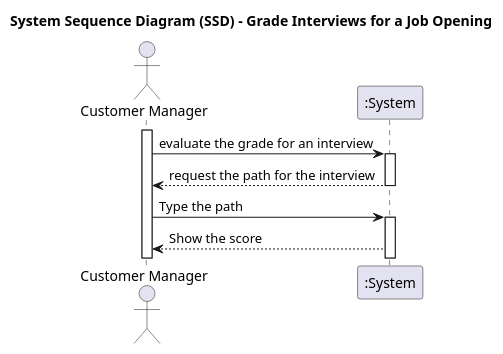
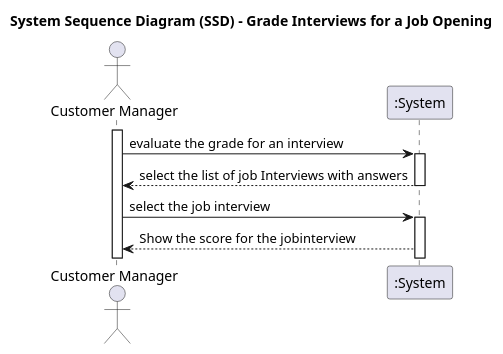
The diagram in docs/sprintC/1018/puml/1018-system-sequence-diagram.puml (marcoferreira37/Lapr4), drawn with PlantUML before and after one commit. The commit also changed 1 other file, not shown here.

Commit message:
#43 update system sequence diagram

```diff
--- a/docs/sprintC/1018/puml/1018-system-sequence-diagram.puml
+++ b/docs/sprintC/1018/puml/1018-system-sequence-diagram.puml
@@ -1,26 +1,26 @@
 @startuml
 'skinparam monochrome true
 'skinparam packageStyle rectangle
 'skinparam shadowing false
 
 title System Sequence Diagram (SSD) - Grade Interviews for a Job Opening
 
 actor "Customer Manager" as Agent
 participant ":System" as System
 
 activate Agent
 
 Agent -> System : evaluate the grade for an interview
 activate System
 
-System --> Agent: request the path for the interview
+System --> Agent: select the list of job Interviews with answers
 deactivate
 
-Agent -> System : Type the path
+Agent -> System : select the job interview
 activate System
 
-System --> Agent : Show the score
+System --> Agent : Show the score for the jobinterview
 
 
 
 @enduml
```
